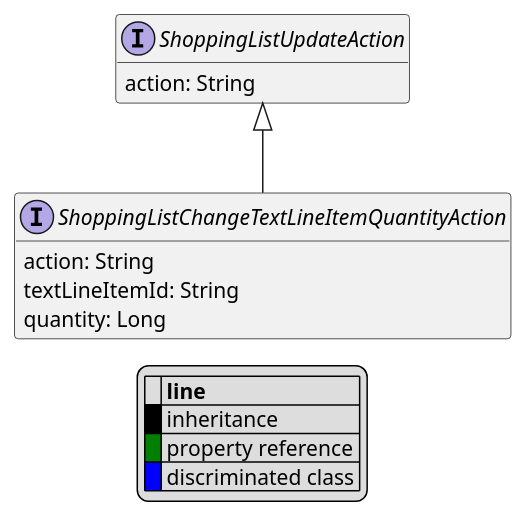
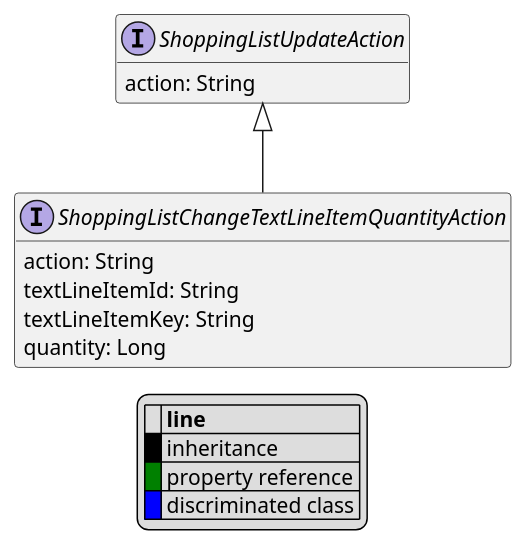
The diagram in uml/api/ShoppingListChangeTextLineItemQuantityAction.puml (commercetools/commercetools-api-reference), drawn with PlantUML before and after one commit. The commit also changed 70 other files, not shown here.

```diff
--- a/uml/api/ShoppingListChangeTextLineItemQuantityAction.puml
+++ b/uml/api/ShoppingListChangeTextLineItemQuantityAction.puml
@@ -1,24 +1,25 @@
 @startuml
 
 hide empty fields
 hide empty methods
 legend
 |= |= line |
 |<back:black>   </back>| inheritance |
 |<back:green>   </back>| property reference |
 |<back:blue>   </back>| discriminated class |
 endlegend
 interface ShoppingListChangeTextLineItemQuantityAction [[ShoppingListChangeTextLineItemQuantityAction.svg]] extends ShoppingListUpdateAction {
     action: String
     textLineItemId: String
+    textLineItemKey: String
     quantity: Long
 }
 interface ShoppingListUpdateAction [[ShoppingListUpdateAction.svg]]  {
     action: String
 }
 
 
 
 
 
 @enduml
```
